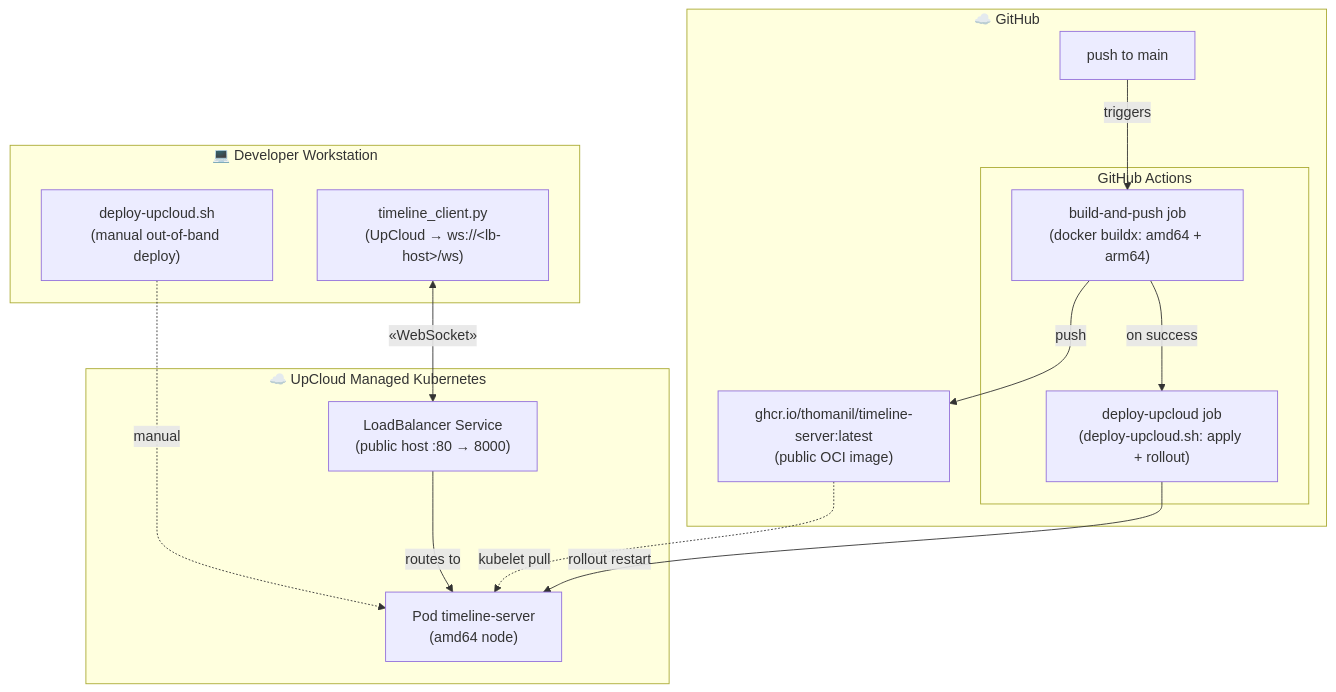
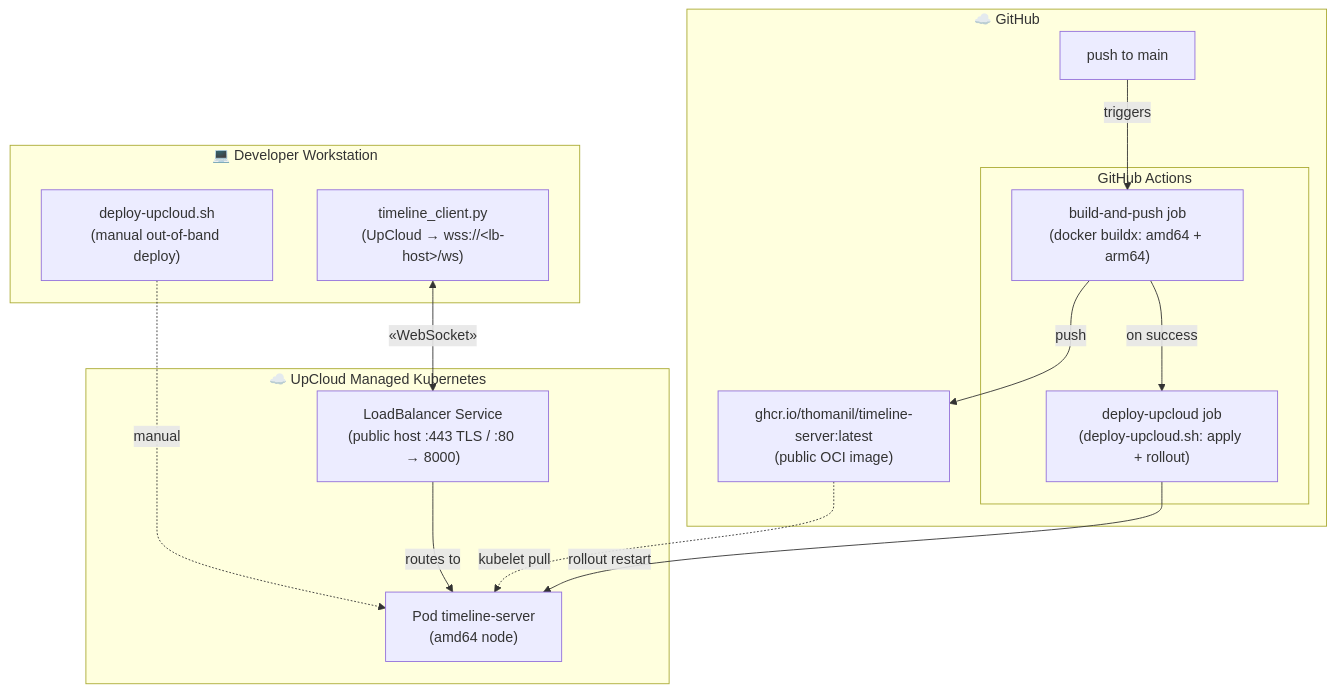
Before and after one commit to thomanil/tech-sandbox: the sixth of 6 diagrams in README.md, drawn with Mermaid. The commit also changed other lines of this file, not shown here.

````diff
--- a/README.md
+++ b/README.md
@@ -383,30 +391,30 @@
 ```mermaid
 flowchart TB
   subgraph gh["☁️ GitHub"]
     repo["push to main"]
     subgraph actions["GitHub Actions"]
       build["build-and-push job<br/>(docker buildx: amd64 + arm64)"]
       deploy["deploy-upcloud job<br/>(deploy-upcloud.sh: apply + rollout)"]
     end
     ghcr["ghcr.io/thomanil/timeline-server:latest<br/>(public OCI image)"]
   end
 
   subgraph dev2["💻 Developer Workstation"]
     script["deploy-upcloud.sh<br/>(manual out-of-band deploy)"]
-    client["timeline_client.py<br/>(UpCloud → ws://&lt;lb-host&gt;/ws)"]
+    client["timeline_client.py<br/>(UpCloud → wss://&lt;lb-host&gt;/ws)"]
   end
 
   subgraph upcloud["☁️ UpCloud Managed Kubernetes"]
-    lb["LoadBalancer Service<br/>(public host :80 → 8000)"]
+    lb["LoadBalancer Service<br/>(public host :443 TLS / :80 → 8000)"]
     pod["Pod timeline-server<br/>(amd64 node)"]
   end
 
   repo -->|triggers| build
   build -->|push| ghcr
   build -->|on success| deploy
   deploy -->|rollout restart| pod
   script -.->|manual| pod
   ghcr -.->|kubelet pull| pod
   client <-->|"&laquo;WebSocket&raquo;"| lb
   lb -->|routes to| pod
 ```
````
